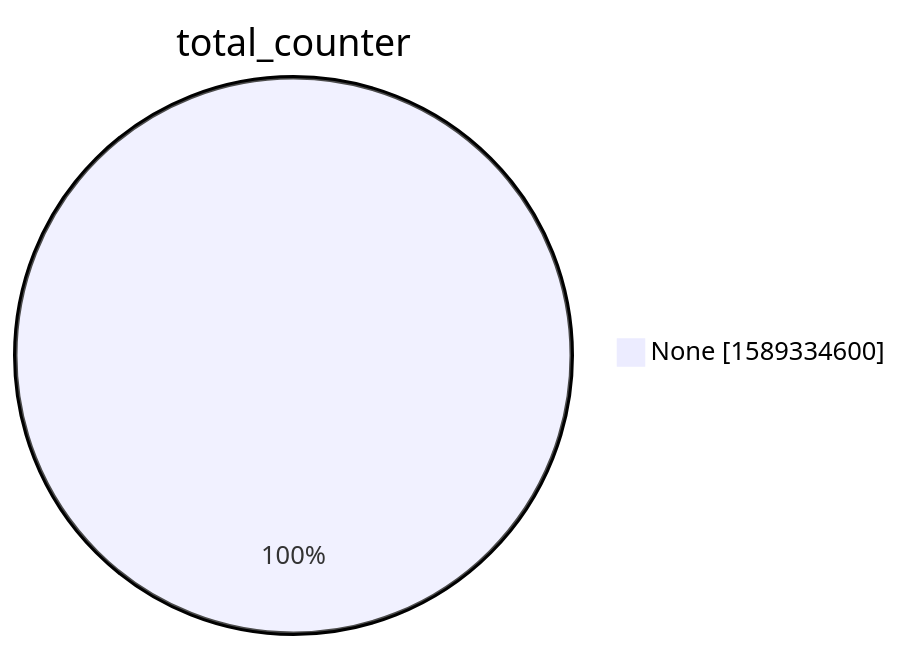
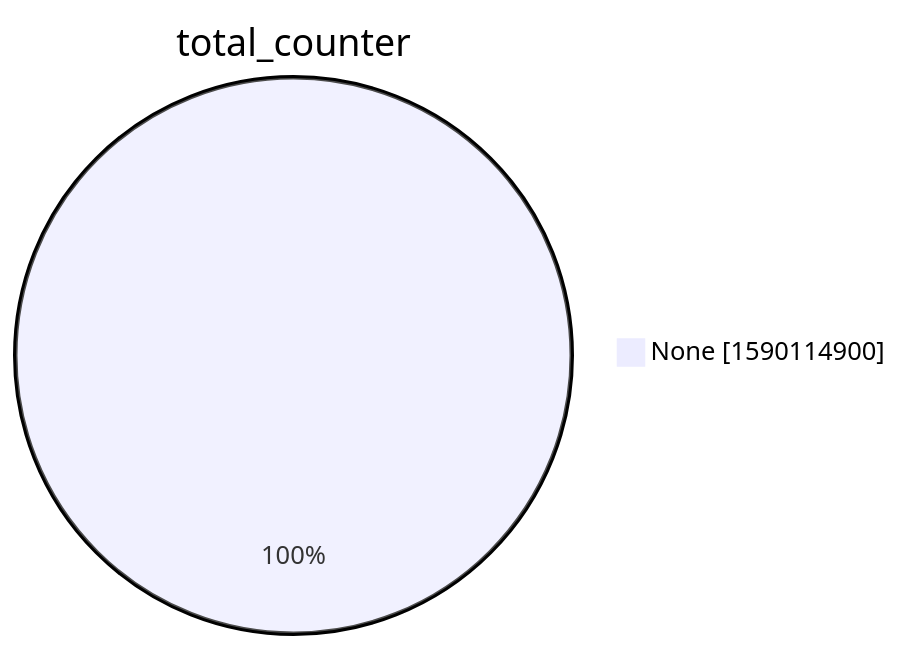
The second of 15 diagrams in xenon2022/README.md (christiankrug/ctmonitor_visualization), drawn with Mermaid before and after one commit. The commit also changed other lines of this file, not shown here.

````diff
--- a/xenon2022/README.md
+++ b/xenon2022/README.md
@@ -9,5 +9,5 @@
 ```mermaid
 pie showData
 title total_counter
-"None" :1589334600
+"None" :1590114900
 ```
````
